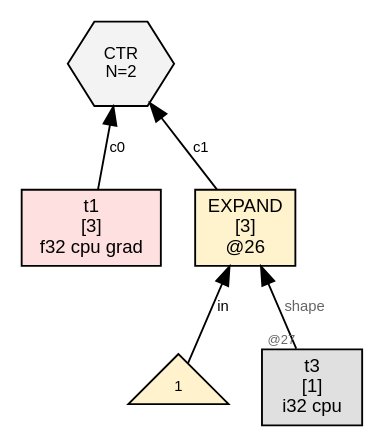
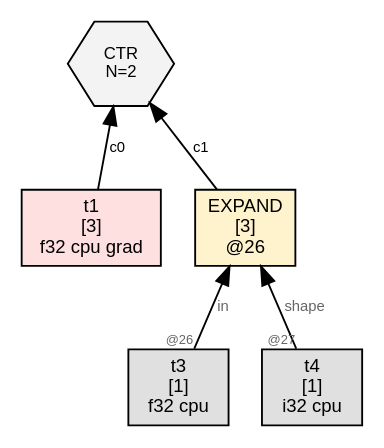
One commit to sw1sh/TinyHVM changed the diagram in wl/examples/thvm_graphs/grad_rules/gradu_ifz/thvm_2_post_sweep.dot. Above: the diagram before and after it, drawn with Graphviz. The commit also changed 163 other files, not shown here.

First line of the commit message:
grad: GRAD2 leaf emits shape-[1] TEN instead of raw NUM

```diff
--- a/wl/examples/thvm_graphs/grad_rules/gradu_ifz/thvm_2_post_sweep.dot
+++ b/wl/examples/thvm_graphs/grad_rules/gradu_ifz/thvm_2_post_sweep.dot
@@ -1,15 +1,15 @@
 digraph G {
   rankdir=BT;
   node [fontname="Helvetica", fontsize=10, style=filled, shape=box, margin="0.1,0.05"];
   edge [fontsize=8, fontname="Helvetica"];
 
   n26 [label="EXPAND\n[3]\n@26", shape=box, fillcolor="#fff3cd"];
-  num26_0 [label="1",shape=triangle,fillcolor="#fff2cc",fontsize=8];
-  num26_0 -> n26 [label="in"];
-  t3 [label="t3\n[1]\ni32 cpu",shape=box,fillcolor="#e0e0e0"];
-  t3 -> n26 [label="shape",taillabel="@27",labelfontsize=7,fontcolor="#666666"];
+  t3 [label="t3\n[1]\nf32 cpu",shape=box,fillcolor="#e0e0e0"];
+  t3 -> n26 [label="in",taillabel="@26",labelfontsize=7,fontcolor="#666666"];
+  t4 [label="t4\n[1]\ni32 cpu",shape=box,fillcolor="#e0e0e0"];
+  t4 -> n26 [label="shape",taillabel="@27",labelfontsize=7,fontcolor="#666666"];
   ctr11 [label="CTR\nN=2", shape=hexagon, fillcolor="#f3f3f3", fontsize=9];
   t1 [label="t1\n[3]\nf32 cpu grad",shape=box,fillcolor="#ffe0e0"];
   t1 -> ctr11 [label="c0"];
   n26 -> ctr11 [label="c1"];
 }
```
